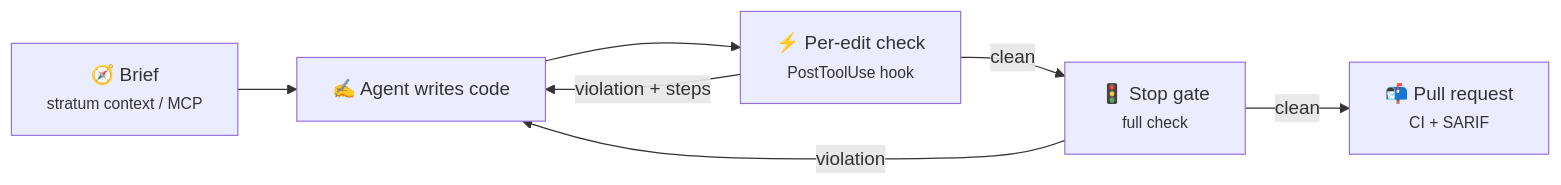
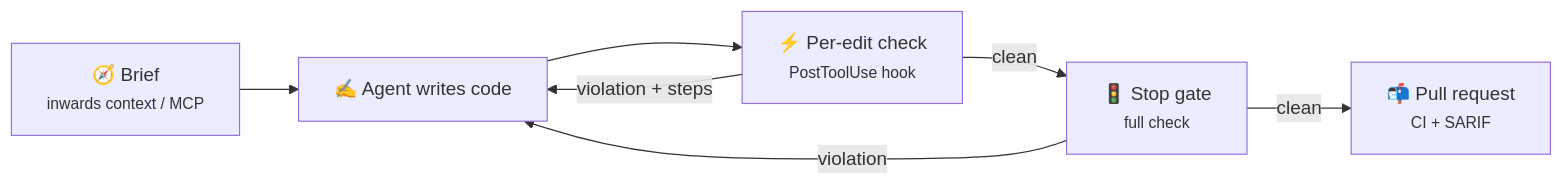
Before and after one commit to SirCypkowskyy/inwards: the second of 2 diagrams in docs/chapters/04-AI-Integration.md, drawn with Mermaid. The commit also changed other lines of this file and 46 other files, not shown here.

First line of the commit message:
Rename Stratum to Inwards; publish docs on GitHub Pages

````diff
--- a/docs/chapters/04-AI-Integration.md
+++ b/docs/chapters/04-AI-Integration.md
@@ -169,9 +169,9 @@
 ```mermaid
 flowchart LR
-    brief["🧭 Brief<br/><small>stratum context / MCP</small>"] --> write["✍️ Agent writes code"]
+    brief["🧭 Brief<br/><small>inwards context / MCP</small>"] --> write["✍️ Agent writes code"]
     write --> check["⚡ Per-edit check<br/><small>PostToolUse hook</small>"]
     check -- "violation + steps" --> write
     check -- "clean" --> gate["🚦 Stop gate<br/><small>full check</small>"]
     gate -- "violation" --> write
     gate -- "clean" --> pr["📬 Pull request<br/><small>CI + SARIF</small>"]
 ```
````
